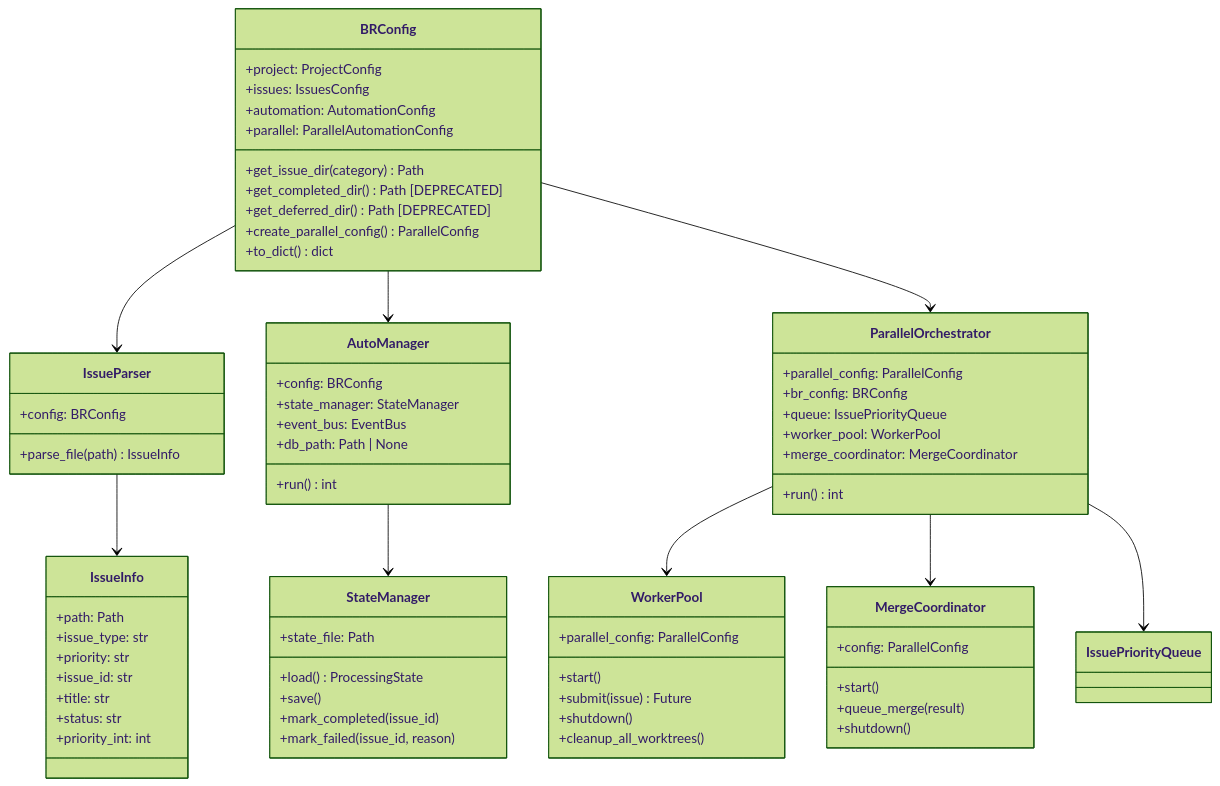
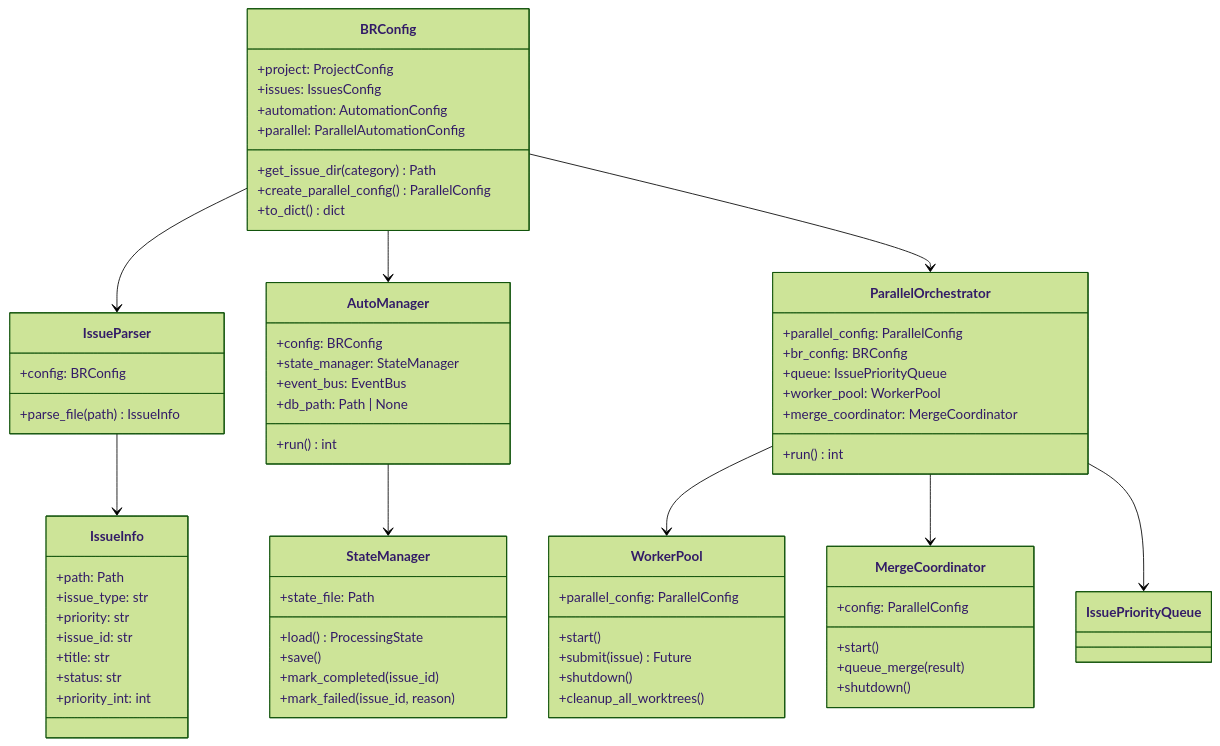
The eighth of 17 diagrams in docs/ARCHITECTURE.md (BrennonTWilliams/little-loops), drawn with Mermaid (forest theme) before and after one commit. The commit also changed 5 other files, not shown here.

First line of the commit message:
refactor(config): drop deprecated get_completed_dir/get_deferred_dir

````diff
--- a/docs/ARCHITECTURE.md
+++ b/docs/ARCHITECTURE.md
@@ -791,78 +791,76 @@
 ```mermaid
 classDiagram
     class BRConfig {
         +project: ProjectConfig
         +issues: IssuesConfig
         +automation: AutomationConfig
         +parallel: ParallelAutomationConfig
         +get_issue_dir(category) Path
-        +get_completed_dir() Path [DEPRECATED]
-        +get_deferred_dir() Path [DEPRECATED]
         +create_parallel_config() ParallelConfig
         +to_dict() dict
     }
 
     class IssueParser {
         +config: BRConfig
         +parse_file(path) IssueInfo
     }
 
     class IssueInfo {
         +path: Path
         +issue_type: str
         +priority: str
         +issue_id: str
         +title: str
         +status: str
         +priority_int: int
     }
 
     class AutoManager {
         +config: BRConfig
         +state_manager: StateManager
         +event_bus: EventBus
         +db_path: Path | None
         +run() int
     }
 
     class StateManager {
         +state_file: Path
         +load() ProcessingState
         +save()
         +mark_completed(issue_id)
         +mark_failed(issue_id, reason)
     }
 
     class ParallelOrchestrator {
         +parallel_config: ParallelConfig
         +br_config: BRConfig
         +queue: IssuePriorityQueue
         +worker_pool: WorkerPool
         +merge_coordinator: MergeCoordinator
         +run() int
     }
 
     class WorkerPool {
         +parallel_config: ParallelConfig
         +start()
         +submit(issue) Future
         +shutdown()
         +cleanup_all_worktrees()
     }
 
     class MergeCoordinator {
         +config: ParallelConfig
         +start()
         +queue_merge(result)
         +shutdown()
     }
 
     BRConfig --> IssueParser
     IssueParser --> IssueInfo
     BRConfig --> AutoManager
     AutoManager --> StateManager
     BRConfig --> ParallelOrchestrator
     ParallelOrchestrator --> WorkerPool
     ParallelOrchestrator --> MergeCoordinator
     ParallelOrchestrator --> IssuePriorityQueue
 ```
````
